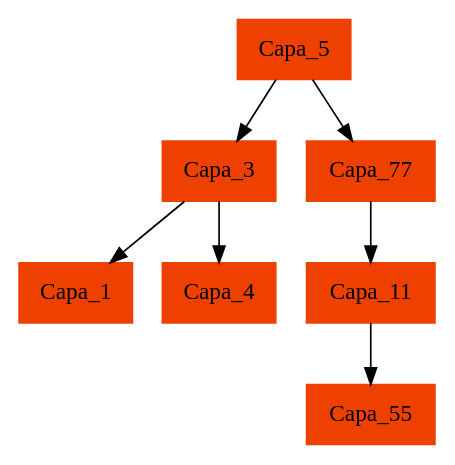
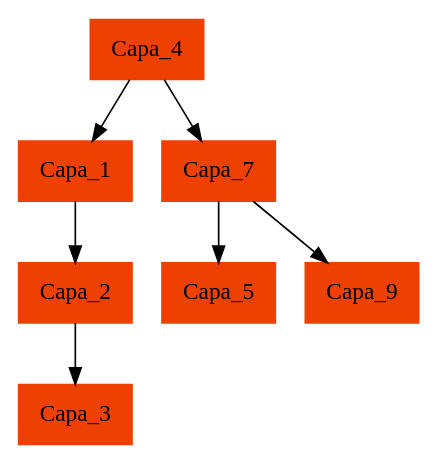
One commit to Cascarus/-EDD-Proyecto1_201603127 changed the diagram in [EDD]Proyecto1_201603127/ABB.dot. Above: the diagram before and after it, drawn with Graphviz. The commit also changed 25 other files, not shown here.

```diff
--- a/[EDD]Proyecto1_201603127/ABB.dot
+++ b/[EDD]Proyecto1_201603127/ABB.dot
@@ -1,23 +1,23 @@
 digraph g{
 	node [shape=record,width=.9,height=.5,style=filled,color=orangered2];
-	Node5->Node3; 
-	Node5->Node77; 
-	Node3->Node1; 
-	Node3->Node4; 
+	Node4->Node1; 
+	Node4->Node7; 
+	Node1->Node2; 
+	Node2->Node3; 
+
+ 	Node3[label = "Capa_3"] 
+
+ 	Node2[label = "Capa_2"] 
 
  	Node1[label = "Capa_1"] 
+	Node7->Node5; 
+	Node7->Node9; 
+
+ 	Node5[label = "Capa_5"] 
+
+ 	Node9[label = "Capa_9"] 
+
+ 	Node7[label = "Capa_7"] 
 
  	Node4[label = "Capa_4"] 
-
- 	Node3[label = "Capa_3"] 
-	Node77->Node11; 
-	Node11->Node55; 
-
- 	Node55[label = "Capa_55"] 
-
- 	Node11[label = "Capa_11"] 
-
- 	Node77[label = "Capa_77"] 
-
- 	Node5[label = "Capa_5"] 
 }
```
